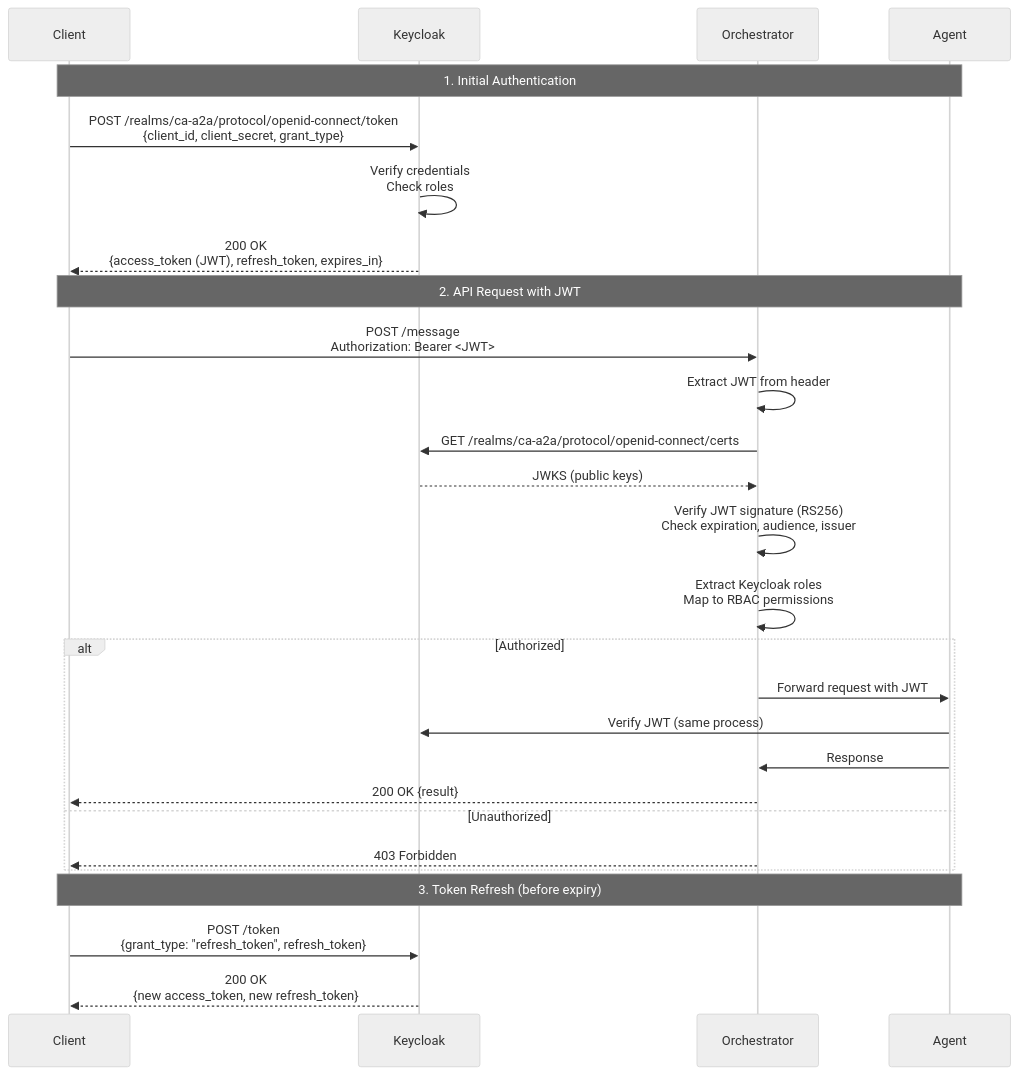
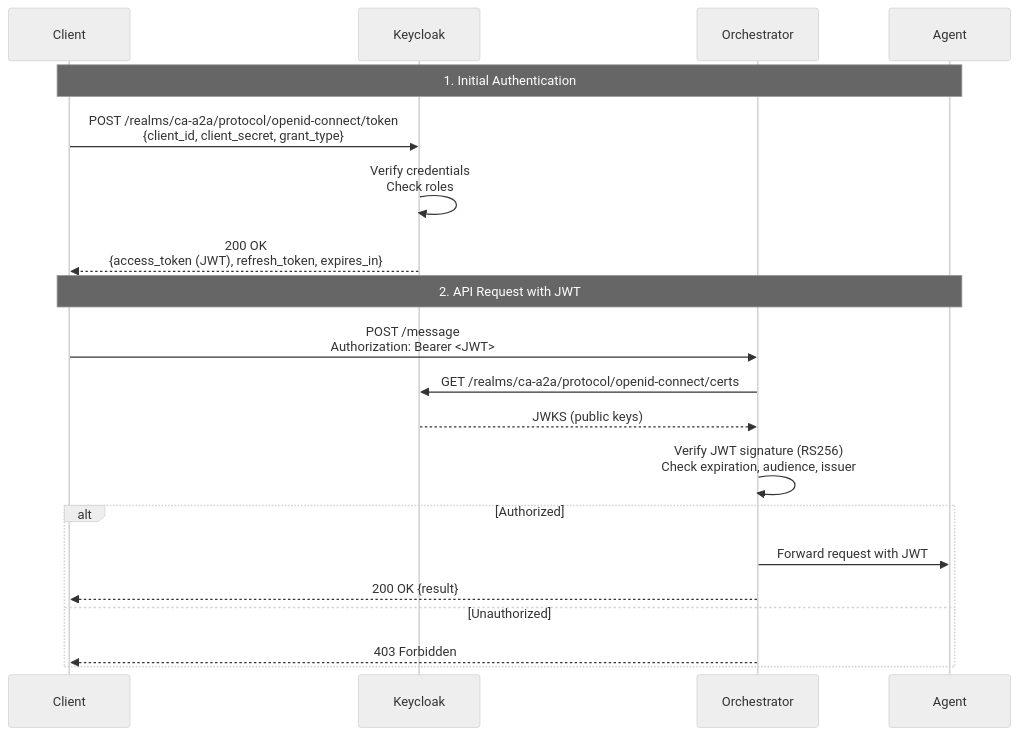
Before and after one commit to jaafar-benabderrazak/ca_a2a: the fifth of 10 diagrams in CA_A2A_COMPLETE_SECURITY_DOCUMENTATION.md, drawn with Mermaid. The commit also changed other lines of this file, not shown here.

````diff
--- a/CA_A2A_COMPLETE_SECURITY_DOCUMENTATION.md
+++ b/CA_A2A_COMPLETE_SECURITY_DOCUMENTATION.md
@@ -374,34 +435,26 @@
 ```mermaid
 %%{init: {"theme":"neutral","themeVariables":{"fontSize":"8px","fontFamily":"sans-serif"},"sequence":{"actorFontSize":"8px","messageFontSize":"8px","noteFontSize":"7px","actorMargin":30,"boxMargin":5}}}%%
 sequenceDiagram
     participant Client
     participant Keycloak
     participant Orchestrator
     participant Agent
 
     Note over Client,Agent: 1. Initial Authentication
     Client->>Keycloak: POST /realms/ca-a2a/protocol/openid-connect/token<br/>{client_id, client_secret, grant_type}
     Keycloak->>Keycloak: Verify credentials<br/>Check roles
     Keycloak-->>Client: 200 OK<br/>{access_token (JWT), refresh_token, expires_in}
     
     Note over Client,Agent: 2. API Request with JWT
     Client->>Orchestrator: POST /message<br/>Authorization: Bearer <JWT>
-    Orchestrator->>Orchestrator: Extract JWT from header
     Orchestrator->>Keycloak: GET /realms/ca-a2a/protocol/openid-connect/certs
     Keycloak-->>Orchestrator: JWKS (public keys)
     Orchestrator->>Orchestrator: Verify JWT signature (RS256)<br/>Check expiration, audience, issuer
-    Orchestrator->>Orchestrator: Extract Keycloak roles<br/>Map to RBAC permissions
     
     alt Authorized
         Orchestrator->>Agent: Forward request with JWT
-        Agent->>Keycloak: Verify JWT (same process)
-        Agent->>Orchestrator: Response
         Orchestrator-->>Client: 200 OK {result}
     else Unauthorized
         Orchestrator-->>Client: 403 Forbidden
     end
-    
-    Note over Client,Agent: 3. Token Refresh (before expiry)
-    Client->>Keycloak: POST /token<br/>{grant_type: "refresh_token", refresh_token}
-    Keycloak-->>Client: 200 OK<br/>{new access_token, new refresh_token}
 ```
````
